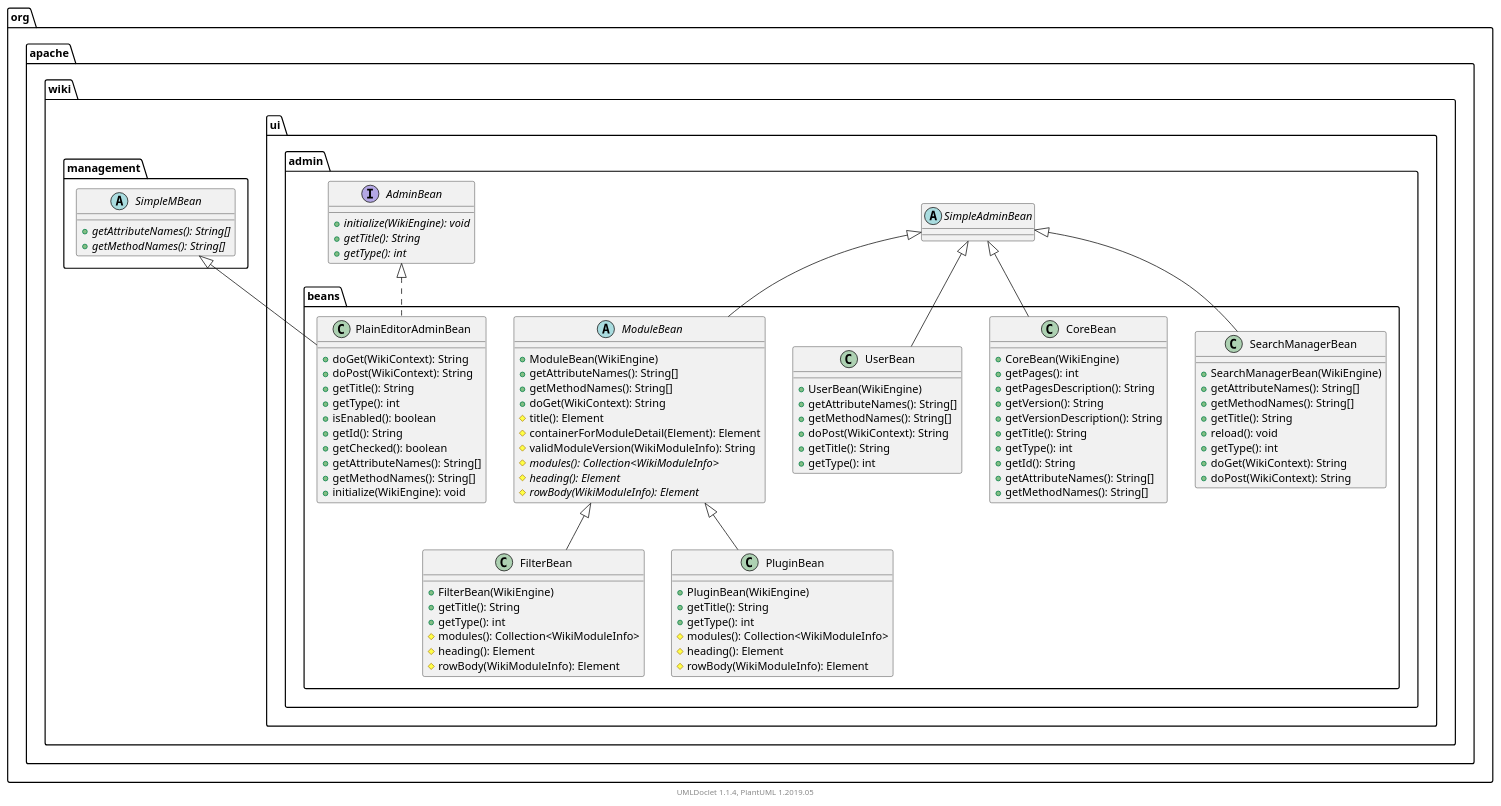
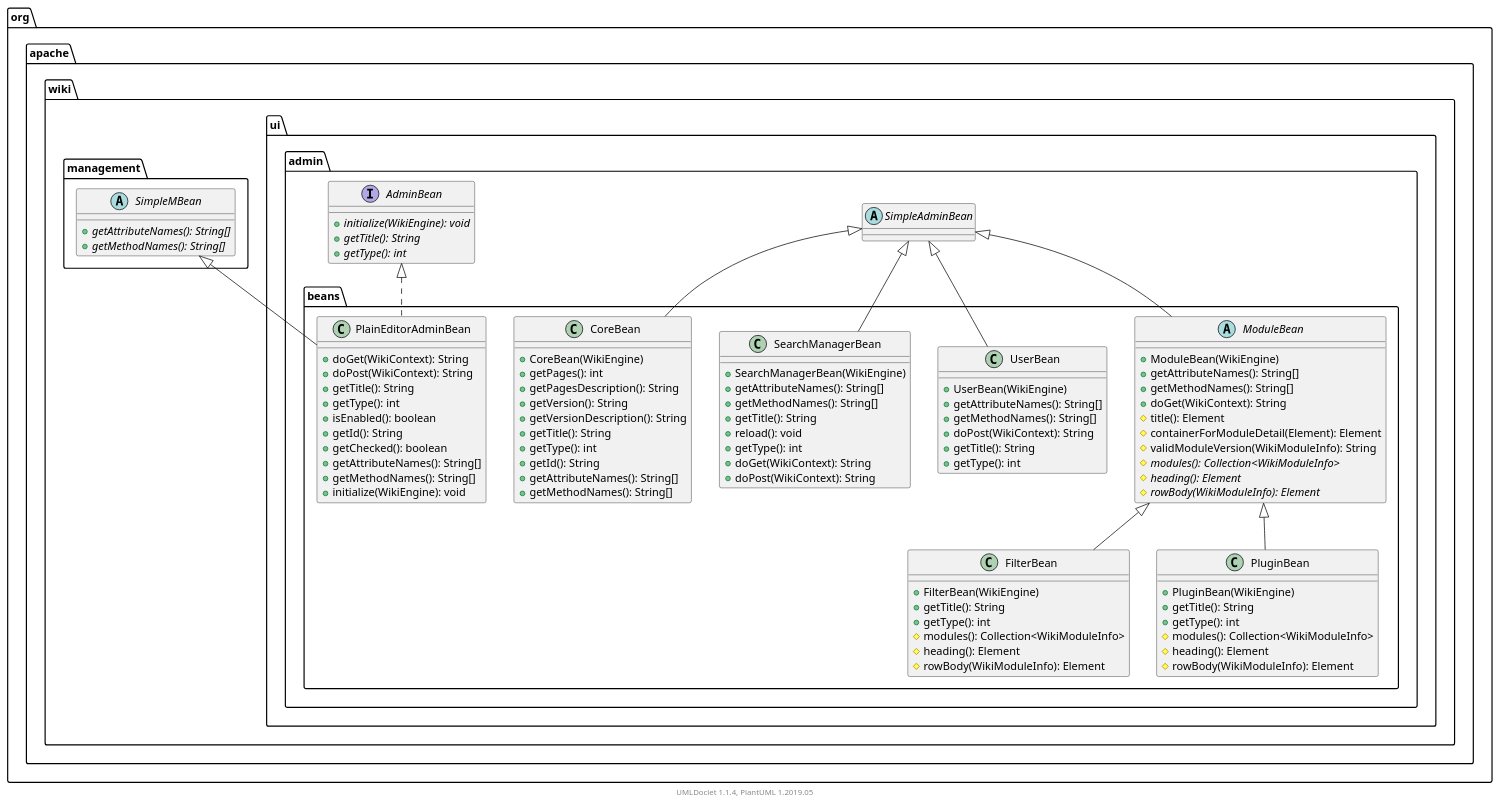
One commit to apache/jspwiki-site changed the diagram in apidocs/2.11.0.M7-SNAPSHOT/org/apache/wiki/ui/admin/beans/package.puml. Above: the diagram before and after it, drawn with PlantUML. The commit also changed other lines of this file and 1696 other files, not shown here.

```diff
--- a/apidocs/2.11.0.M7-SNAPSHOT/org/apache/wiki/ui/admin/beans/package.puml
+++ b/apidocs/2.11.0.M7-SNAPSHOT/org/apache/wiki/ui/admin/beans/package.puml
@@ -1,112 +1,112 @@
 @startuml
 
     namespace org.apache.wiki.ui.admin.beans {
+
+        class UserBean [[UserBean.html]] {
+            +UserBean(WikiEngine)
+            +getAttributeNames(): String[]
+            +getMethodNames(): String[]
+            +doPost(WikiContext): String
+            +getTitle(): String
+            +getType(): int
+        }
+
+        class SearchManagerBean [[SearchManagerBean.html]] {
+            +SearchManagerBean(WikiEngine)
+            +getAttributeNames(): String[]
+            +getMethodNames(): String[]
+            +getTitle(): String
+            +reload(): void
+            +getType(): int
+            +doGet(WikiContext): String
+            +doPost(WikiContext): String
+        }
 
         class FilterBean [[FilterBean.html]] {
             +FilterBean(WikiEngine)
             +getTitle(): String
             +getType(): int
             #modules(): Collection<WikiModuleInfo>
             #heading(): Element
             #rowBody(WikiModuleInfo): Element
+        }
+
+        class PluginBean [[PluginBean.html]] {
+            +PluginBean(WikiEngine)
+            +getTitle(): String
+            +getType(): int
+            #modules(): Collection<WikiModuleInfo>
+            #heading(): Element
+            #rowBody(WikiModuleInfo): Element
+        }
+
+        class PlainEditorAdminBean [[PlainEditorAdminBean.html]] {
+            +doGet(WikiContext): String
+            +doPost(WikiContext): String
+            +getTitle(): String
+            +getType(): int
+            +isEnabled(): boolean
+            +getId(): String
+            +getChecked(): boolean
+            +getAttributeNames(): String[]
+            +getMethodNames(): String[]
+            +initialize(WikiEngine): void
         }
 
         class CoreBean [[CoreBean.html]] {
             +CoreBean(WikiEngine)
             +getPages(): int
             +getPagesDescription(): String
             +getVersion(): String
             +getVersionDescription(): String
             +getTitle(): String
             +getType(): int
             +getId(): String
             +getAttributeNames(): String[]
             +getMethodNames(): String[]
         }
 
-        class UserBean [[UserBean.html]] {
-            +UserBean(WikiEngine)
-            +getAttributeNames(): String[]
-            +getMethodNames(): String[]
-            +doPost(WikiContext): String
-            +getTitle(): String
-            +getType(): int
-        }
-
-        class PluginBean [[PluginBean.html]] {
-            +PluginBean(WikiEngine)
-            +getTitle(): String
-            +getType(): int
-            #modules(): Collection<WikiModuleInfo>
-            #heading(): Element
-            #rowBody(WikiModuleInfo): Element
-        }
-
         abstract class ModuleBean [[ModuleBean.html]] {
             +ModuleBean(WikiEngine)
             +getAttributeNames(): String[]
             +getMethodNames(): String[]
             +doGet(WikiContext): String
             #title(): Element
             #containerForModuleDetail(Element): Element
             #validModuleVersion(WikiModuleInfo): String
             {abstract} #modules(): Collection<WikiModuleInfo>
             {abstract} #heading(): Element
             {abstract} #rowBody(WikiModuleInfo): Element
         }
 
-        class PlainEditorAdminBean [[PlainEditorAdminBean.html]] {
-            +doGet(WikiContext): String
-            +doPost(WikiContext): String
-            +getTitle(): String
-            +getType(): int
-            +isEnabled(): boolean
-            +getId(): String
-            +getChecked(): boolean
-            +getAttributeNames(): String[]
-            +getMethodNames(): String[]
-            +initialize(WikiEngine): void
-        }
+        abstract class org.apache.wiki.ui.admin.SimpleAdminBean
+        org.apache.wiki.ui.admin.SimpleAdminBean <|-- UserBean
 
-        class SearchManagerBean [[SearchManagerBean.html]] {
-            +SearchManagerBean(WikiEngine)
-            +getAttributeNames(): String[]
-            +getMethodNames(): String[]
-            +getTitle(): String
-            +reload(): void
-            +getType(): int
-            +doGet(WikiContext): String
-            +doPost(WikiContext): String
-        }
+        org.apache.wiki.ui.admin.SimpleAdminBean <|-- SearchManagerBean
 
         ModuleBean <|-- FilterBean
 
-        abstract class org.apache.wiki.ui.admin.SimpleAdminBean
-        org.apache.wiki.ui.admin.SimpleAdminBean <|-- CoreBean
-
-        org.apache.wiki.ui.admin.SimpleAdminBean <|-- UserBean
-
         ModuleBean <|-- PluginBean
-
-        org.apache.wiki.ui.admin.SimpleAdminBean <|-- ModuleBean
 
         abstract class org.apache.wiki.management.SimpleMBean {
             {abstract} +getAttributeNames(): String[]
             {abstract} +getMethodNames(): String[]
         }
         org.apache.wiki.management.SimpleMBean <|-- PlainEditorAdminBean
 
         interface org.apache.wiki.ui.admin.AdminBean {
             {abstract} +initialize(WikiEngine): void
             {abstract} +getTitle(): String
             {abstract} +getType(): int
         }
         org.apache.wiki.ui.admin.AdminBean <|.. PlainEditorAdminBean
 
-        org.apache.wiki.ui.admin.SimpleAdminBean <|-- SearchManagerBean
+        org.apache.wiki.ui.admin.SimpleAdminBean <|-- CoreBean
+
+        org.apache.wiki.ui.admin.SimpleAdminBean <|-- ModuleBean
 
     }
 
 
     center footer UMLDoclet 1.1.4, PlantUML 1.2019.05
 @enduml
```
